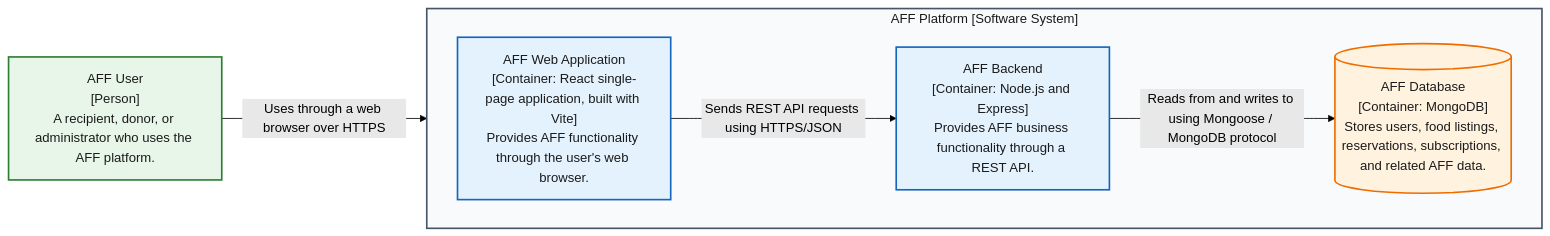
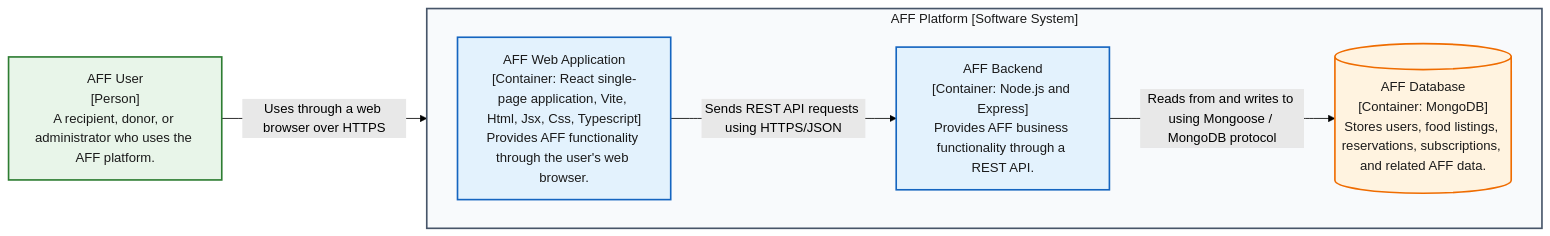
The diagram in docs/container-diagram.md (2026B-FullStackDevelopment/aff), drawn with Mermaid (forest theme) before and after one commit.

Commit message:
Update container diagram, front end element

````diff
--- a/docs/container-diagram.md
+++ b/docs/container-diagram.md
@@ -5,24 +5,24 @@
 ```mermaid
 flowchart LR
   user["AFF User<br/>[Person]<br/>A recipient, donor, or administrator who uses the AFF platform."]
 
   subgraph aff["AFF Platform [Software System]"]
     direction LR
-    web["AFF Web Application<br/>[Container: React single-page application, built with Vite]<br/>Provides AFF functionality through the user's web browser."]
+    web["AFF Web Application<br/>[Container: React single-page application, Vite, Html, Jsx, Css, Typescript]<br/>Provides AFF functionality through the user's web browser."]
     backend["AFF Backend<br/>[Container: Node.js and Express]<br/>Provides AFF business functionality through a REST API."]
     database[("AFF Database<br/>[Container: MongoDB]<br/>Stores users, food listings, reservations, subscriptions, and related AFF data.")]
 
     web -->|"Sends REST API requests using HTTPS/JSON"| backend
     backend -->|"Reads from and writes to using Mongoose / MongoDB protocol"| database
   end
 
   user -->|"Uses through a web browser over HTTPS"| web
 
   classDef person fill:#E8F5E9,stroke:#2E7D32,color:#1B1B1B,stroke-width:2px;
   classDef application fill:#E3F2FD,stroke:#1565C0,color:#1B1B1B,stroke-width:2px;
   classDef dataStore fill:#FFF3E0,stroke:#EF6C00,color:#1B1B1B,stroke-width:2px;
   class user person;
   class web,backend application;
   class database dataStore;
   style aff fill:#F8FAFC,stroke:#475569,color:#1B1B1B,stroke-width:2px;
 ```
````
